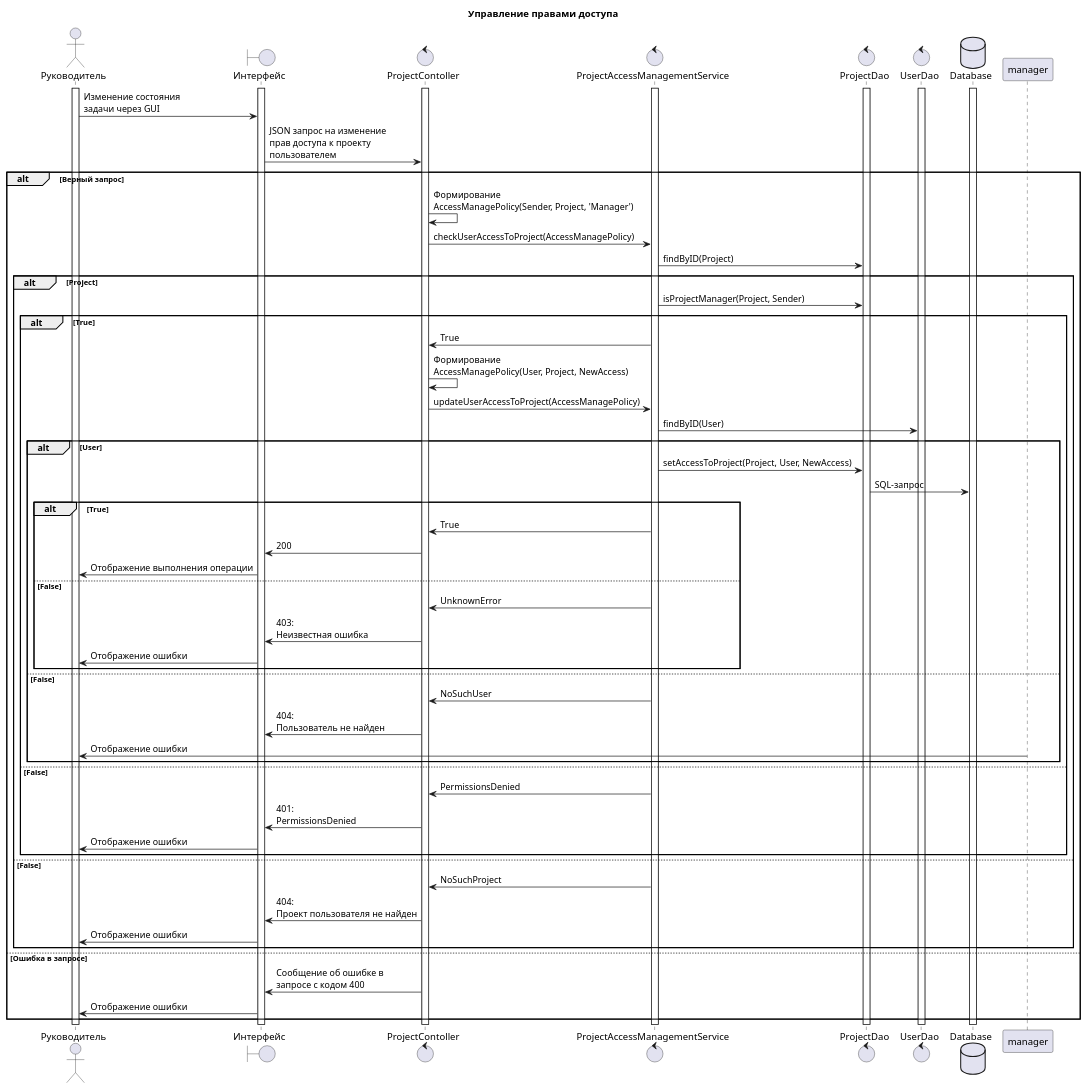
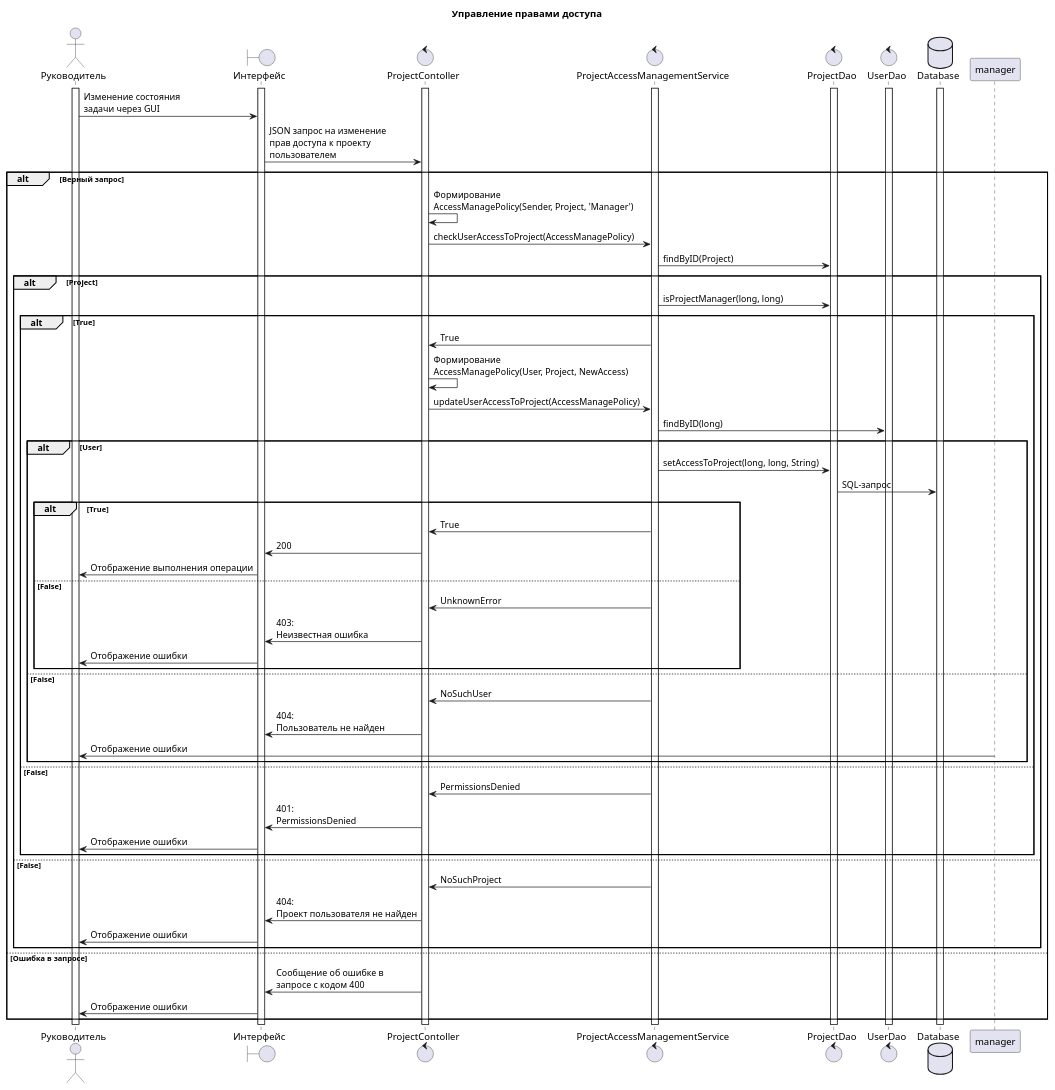
The diagram in UML diagrams/Sequence diagrams/manage-access-rights.wsd (penamarth/bsbo-02-21_team_var7_erp), drawn with PlantUML before and after one commit.

Commit message:
Modified sequence diagram: Morgachyow

```diff
--- a/UML diagrams/Sequence diagrams/manage-access-rights.wsd
+++ b/UML diagrams/Sequence diagrams/manage-access-rights.wsd
@@ -1,69 +1,69 @@
 @startuml sequence
 title Управление правами доступа
 
 actor Руководитель as user
 boundary "Интерфейс" as site
 control ProjectContoller as pcont
 control ProjectAccessManagementService as amserv
 control ProjectDao as pdao 
 control UserDao as udao
 database Database as db
 
 activate user
 activate site
 activate db
 activate pcont
 activate amserv
 activate pdao
 activate udao
 
 user -> site : Изменение состояния\nзадачи через GUI
 site -> pcont : JSON запрос на изменение\nправ доступа к проекту\nпользователем
 
 alt Верный запрос
     pcont -> pcont : Формирование\nAccessManagePolicy(Sender, Project, 'Manager')
     pcont -> amserv : checkUserAccessToProject(AccessManagePolicy)
     amserv -> pdao : findByID(Project)
     alt Project
-        amserv -> pdao : isProjectManager(Project, Sender)
+        amserv -> pdao : isProjectManager(long, long)
         alt True
             pcont <- amserv : True
             pcont -> pcont : Формирование\nAccessManagePolicy(User, Project, NewAccess)
             pcont -> amserv: updateUserAccessToProject(AccessManagePolicy)
-            amserv -> udao : findByID(User)
+            amserv -> udao : findByID(long)
             alt User
-                amserv -> pdao : setAccessToProject(Project, User, NewAccess)
+                amserv -> pdao : setAccessToProject(long, long, String)
                 pdao -> db : SQL-запрос
                 alt True
                     pcont <- amserv : True
                     site <- pcont : 200
                     user <- site : Отображение выполнения операции
                 else False
                     pcont <- amserv : UnknownError 
                     site <- pcont : 403:\nНеизвестная ошибка
                     user <- site : Отображение ошибки
                 end
             else False
                 pcont <- amserv : NoSuchUser
                 site <- pcont : 404:\nПользователь не найден
                 user <- manager : Отображение ошибки
             end
         
         else False
             pcont <- amserv : PermissionsDenied
             site <- pcont : 401:\nPermissionsDenied
             user <- site : Отображение ошибки
         end
     else False
         pcont <- amserv : NoSuchProject
         site <- pcont : 404:\nПроект пользователя не найден
         user <- site : Отображение ошибки
     end
     
 else Ошибка в запросе
     pcont -> site : Сообщение об ошибке в\nзапросе с кодом 400
     user <- site : Отображение ошибки
 end
 
 
 @enduml
```
